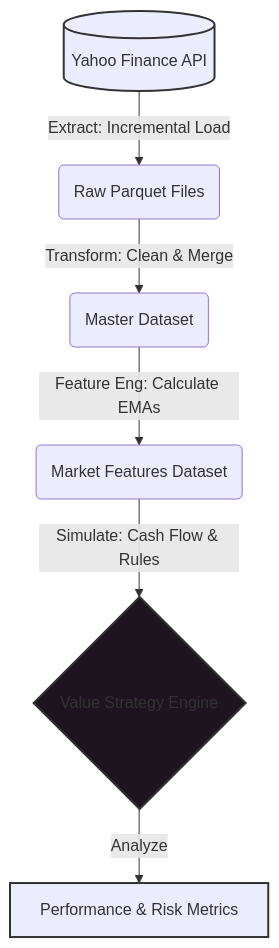
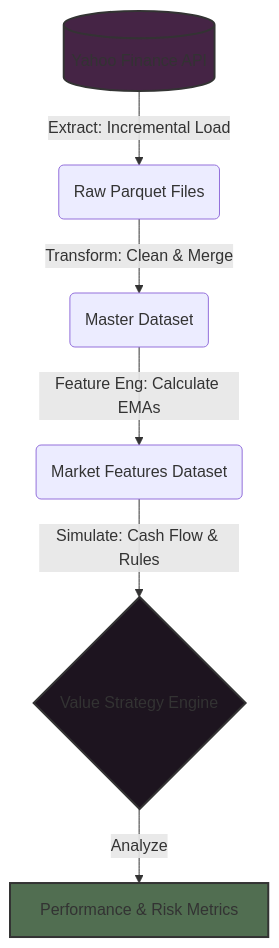
One commit to Agustin-Garcia-Pais-Argentina/Basic-EMAvsDCA_Strategy_engine changed the diagram in README.md. Above: the diagram before and after it, drawn with Mermaid.

Commit message:
Mermaid Architecture graph included in readmeV2, better colouring

````diff
--- a/README.md
+++ b/README.md
@@ -18,12 +18,12 @@
 ```mermaid
 graph TD
     A[(Yahoo Finance API)] -->|Extract: Incremental Load| B(Raw Parquet Files)
     B -->|Transform: Clean & Merge| C(Master Dataset)
     C -->|Feature Eng: Calculate EMAs| D(Market Features Dataset)
     D -->|Simulate: Cash Flow & Rules| E{Value Strategy Engine}
     E -->|Analyze| F[Performance & Risk Metrics]
     
-    style A fill:##452445,stroke:#333,stroke-width:2px
+    style A fill:#452445,stroke:#333,stroke-width:2px
     style E fill:#1d141f,stroke:#333,stroke-width:2px
-    style F fill:##516e51,stroke:#333,stroke-width:2px
+    style F fill:#516e51,stroke:#333,stroke-width:2px
 ```
````
